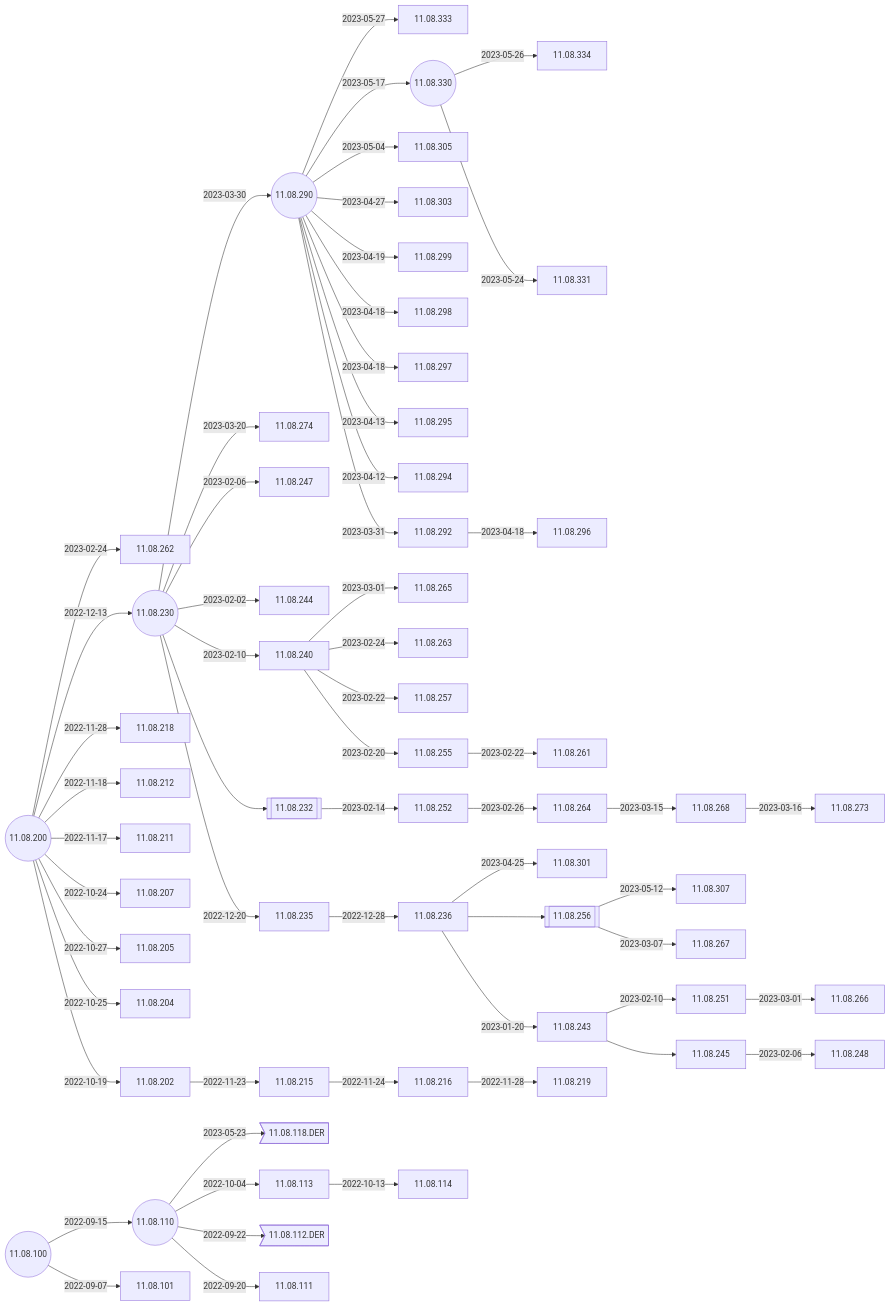
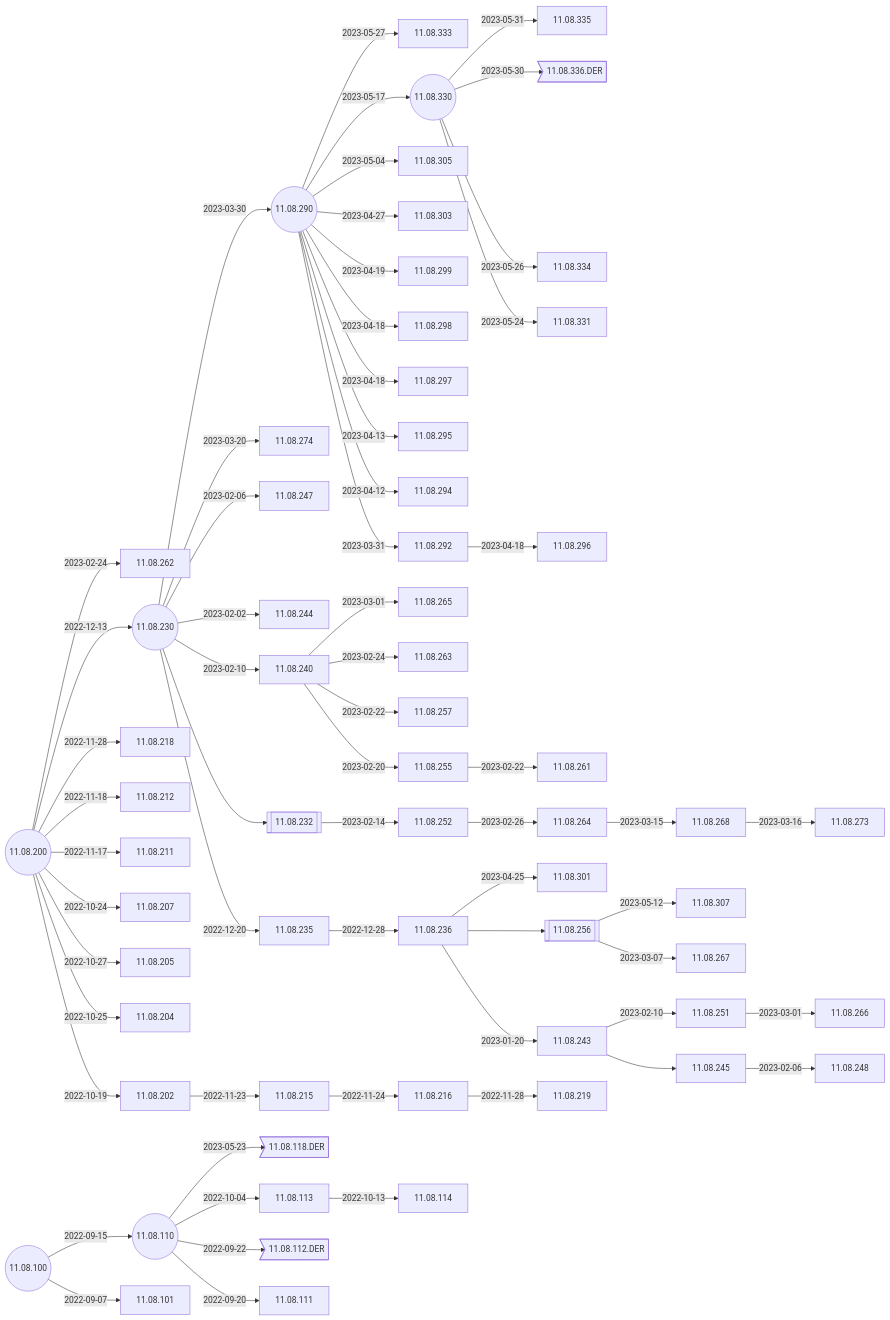
The second of 4 diagrams in docs/Docs/ReleaseNotes/01-OS11/README.md (IGEL-Community/IGEL-Docs-v02), drawn with Mermaid before and after one commit. The commit also changed 3 other files, not shown here.

````diff
--- a/docs/Docs/ReleaseNotes/01-OS11/README.md
+++ b/docs/Docs/ReleaseNotes/01-OS11/README.md
@@ -39,5 +39,7 @@
 ```mermaid
 flowchart LR
+    11.08.330-- 2023-05-31 -->11.08.335
+    11.08.330-- 2023-05-30 -->11.08.336.DER>11.08.336.DER]
     11.08.290-- 2023-05-27 -->11.08.333
     11.08.330-- 2023-05-26 -->11.08.334
     11.08.330-- 2023-05-24 -->11.08.331
@@ -80,6 +82,8 @@
     11.08.110((11.08.110))-- 2022-09-22 -->11.08.112.DER>11.08.112.DER]
     11.08.100-- 2022-09-15 -->11.08.110-- 2022-09-20 -->11.08.111
     11.08.100((11.08.100))-- 2022-09-07 -->11.08.101
+    click 11.08.335 "https://github.com/IGEL-Community/IGEL-Docs-v02/tree/main/docs/Docs/ReleaseNotes/01-OS11/readme11.08.335.txt" _blank
+    click 11.08.336.DER "https://github.com/IGEL-Community/IGEL-Docs-v02/tree/main/docs/Docs/ReleaseNotes/01-OS11/readme11.08.336.DER.txt" _blank
     click 11.08.333 "https://github.com/IGEL-Community/IGEL-Docs-v02/tree/main/docs/Docs/ReleaseNotes/01-OS11/readme11.08.333.txt" _blank
     click 11.08.334 "https://github.com/IGEL-Community/IGEL-Docs-v02/tree/main/docs/Docs/ReleaseNotes/01-OS11/readme11.08.334.txt" _blank
     click 11.08.331 "https://github.com/IGEL-Community/IGEL-Docs-v02/tree/main/docs/Docs/ReleaseNotes/01-OS11/readme11.08.331.txt" _blank
````
